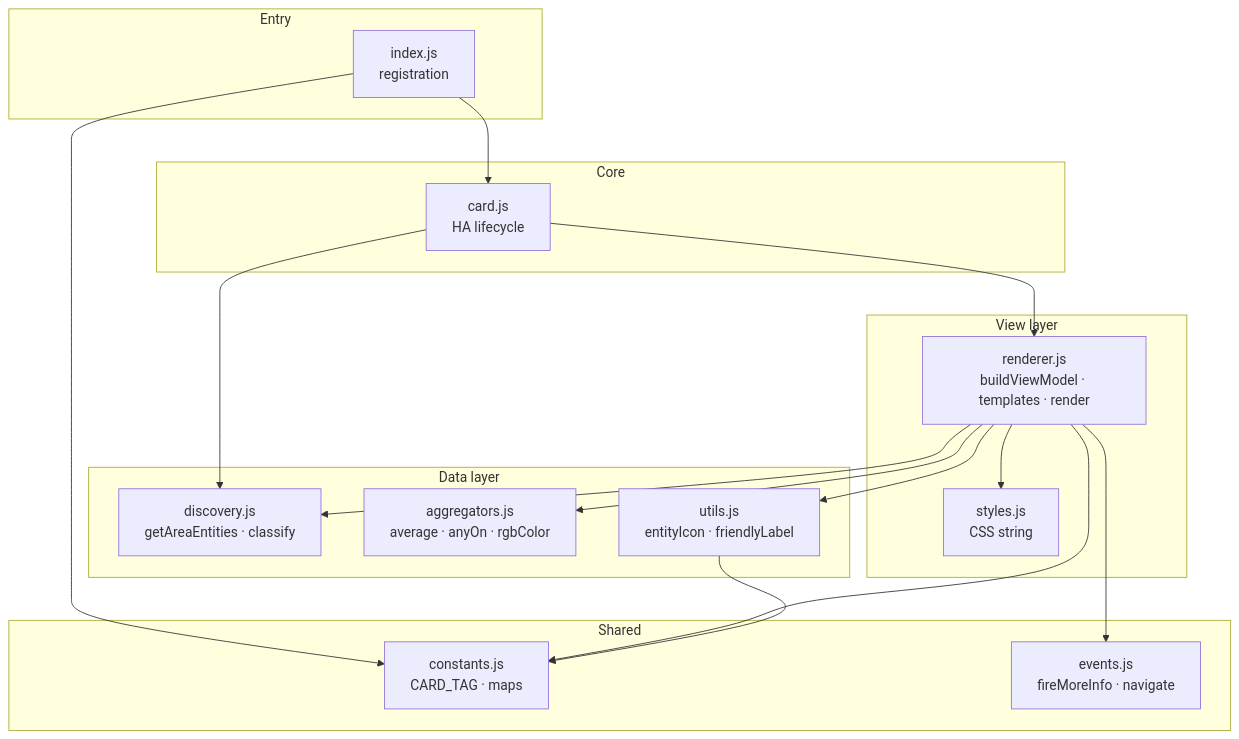
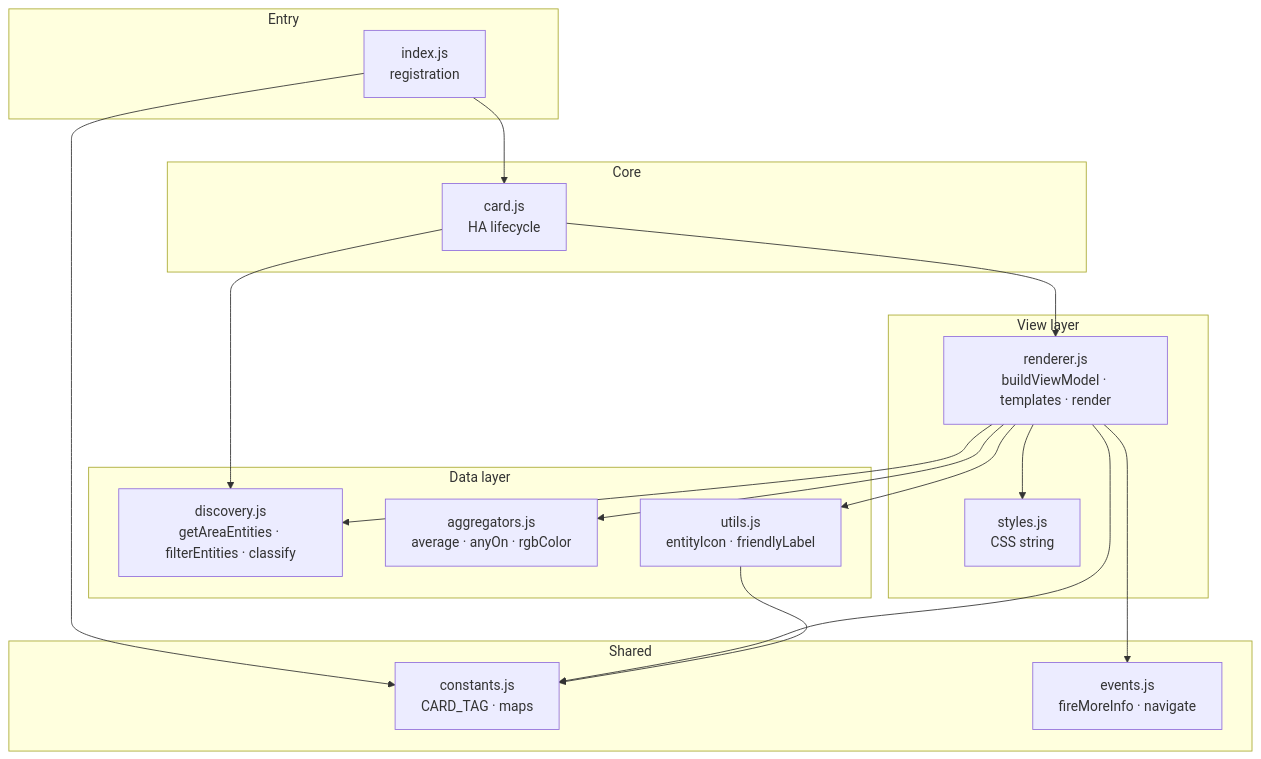
One commit to darknessnerd/hass-omnibus-card changed the first of 3 diagrams in DEVELOPMENT.md. Above: the diagram before and after it, drawn with Mermaid. The commit also changed other lines of this file and 8 other files, not shown here.

Commit message:
feat(discovery): add exclude_entities / include_entities filtering

````diff
--- a/DEVELOPMENT.md
+++ b/DEVELOPMENT.md
@@ -26,41 +26,41 @@
 ```mermaid
 graph TD
   subgraph entry["Entry"]
     index["index.js\nregistration"]
   end
 
   subgraph core["Core"]
     card["card.js\nHA lifecycle"]
   end
 
   subgraph view["View layer"]
     renderer["renderer.js\nbuildViewModel · templates · render"]
     styles["styles.js\nCSS string"]
   end
 
   subgraph data["Data layer"]
-    discovery["discovery.js\ngetAreaEntities · classify"]
+    discovery["discovery.js\ngetAreaEntities · filterEntities · classify"]
     aggregators["aggregators.js\naverage · anyOn · rgbColor"]
     utils["utils.js\nentityIcon · friendlyLabel"]
   end
 
   subgraph shared["Shared"]
     constants["constants.js\nCARD_TAG · maps"]
     events["events.js\nfireMoreInfo · navigate"]
   end
 
   index --> card
   index --> constants
 
   card --> discovery
   card --> renderer
 
   renderer --> styles
   renderer --> constants
   renderer --> discovery
   renderer --> aggregators
   renderer --> utils
   renderer --> events
 
   utils --> constants
 ```
````
